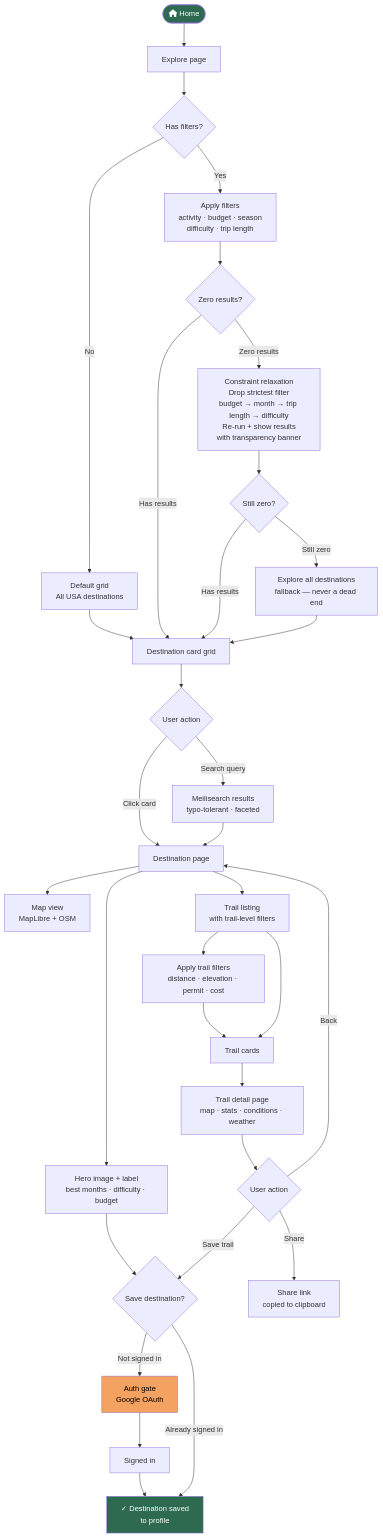
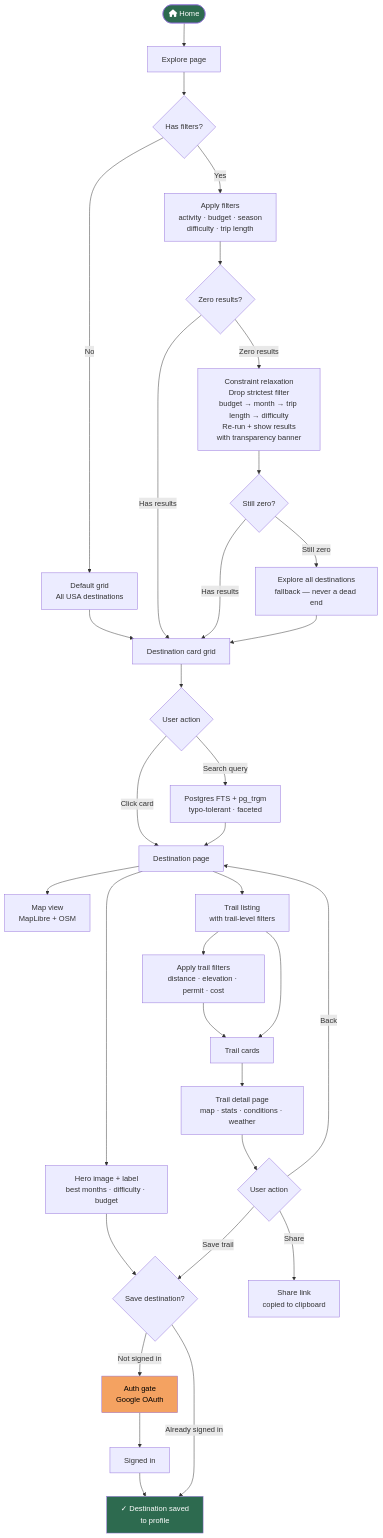
Before and after one commit to smithdavedesign/go-adventure: the fourth of 7 diagrams in docs/ARCHITECTURE.md, drawn with Mermaid. The commit also changed other lines of this file and 11 other files, not shown here.

First line of the commit message:
chore: remove dead placeholder dirs, sync architecture doc to as-built

````diff
--- a/docs/ARCHITECTURE.md
+++ b/docs/ARCHITECTURE.md
@@ -307,47 +307,47 @@
 ```mermaid
 flowchart TD
     A([fa:fa-home Home]) --> B[Explore page]
 
     B --> C{Has filters?}
     C -->|No| D[Default grid\nAll USA destinations]
     C -->|Yes| E[Apply filters\nactivity · budget · season\ndifficulty · trip length]
 
     D --> F[Destination card grid]
     E --> ZR{Zero results?}
     ZR -->|Has results| F
     ZR -->|Zero results| RELAX["Constraint relaxation\nDrop strictest filter\nbudget → month → trip length → difficulty\nRe-run + show results\nwith transparency banner"]
     RELAX --> FALLBACK{Still zero?}
     FALLBACK -->|Has results| F
     FALLBACK -->|Still zero| BROAD["Explore all destinations\nfallback — never a dead end"]
     BROAD --> F
 
     F --> G{User action}
-    G -->|Search query| H[Meilisearch results\ntypo-tolerant · faceted]
+    G -->|Search query| H[Postgres FTS + pg_trgm\ntypo-tolerant · faceted]
     G -->|Click card| I[Destination page]
     H --> I
 
     I --> J[Hero image + label\nbest months · difficulty · budget]
     I --> K[Map view\nMapLibre + OSM]
     I --> L[Trail listing\nwith trail-level filters]
 
     J --> M{Save destination?}
     M -->|Not signed in| N[Auth gate\nGoogle OAuth]
     N --> O[Signed in]
     O --> P[✓ Destination saved\nto profile]
     M -->|Already signed in| P
 
     L --> Q[Apply trail filters\ndistance · elevation · permit · cost]
     Q --> R[Trail cards]
     L --> R
 
     R --> S[Trail detail page\nmap · stats · conditions · weather]
 
     S --> T{User action}
     T -->|Share| U[Share link\ncopied to clipboard]
     T -->|Back| I
     T -->|Save trail| M
 
     style A fill:#2d6a4f,color:#fff
     style P fill:#2d6a4f,color:#fff
     style N fill:#f4a261,color:#000
 ```
````
